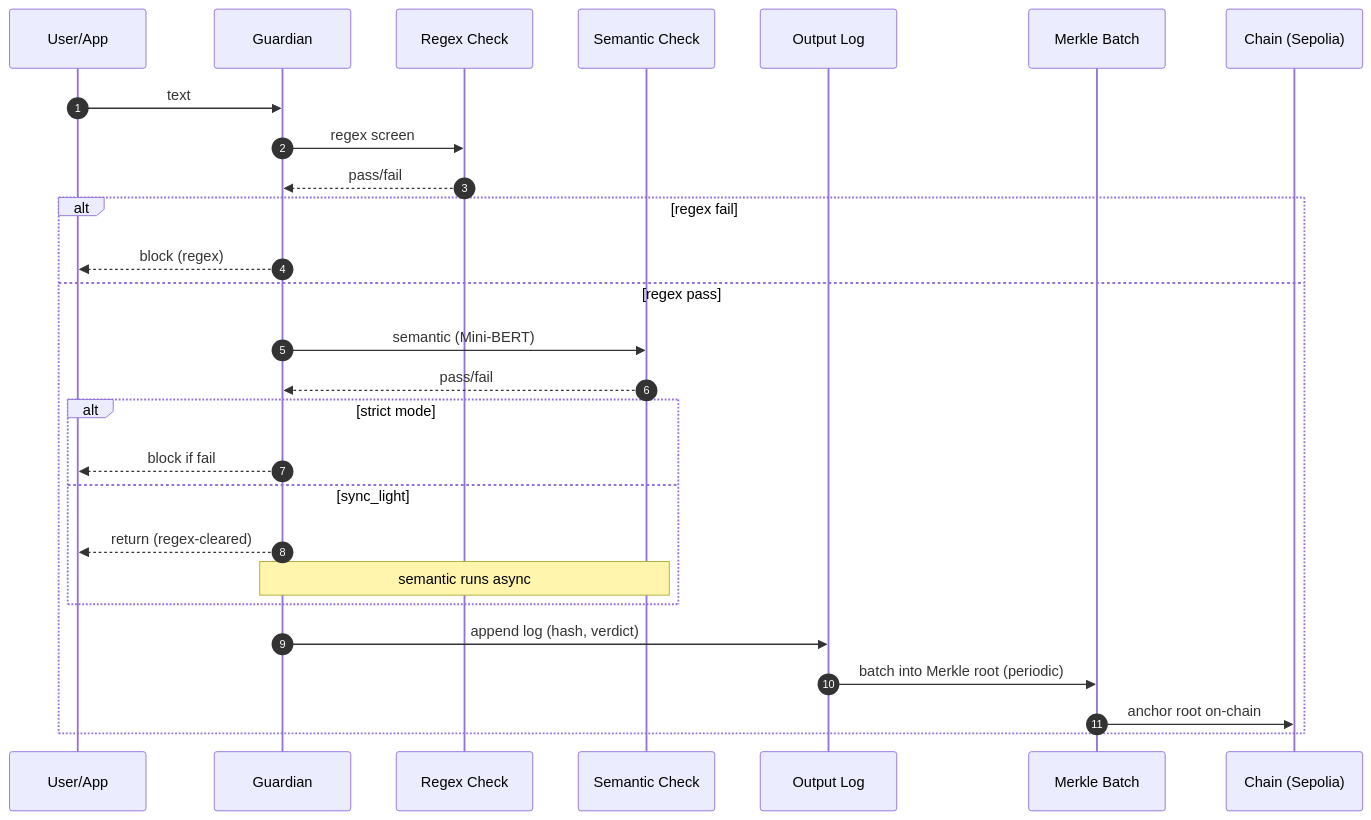
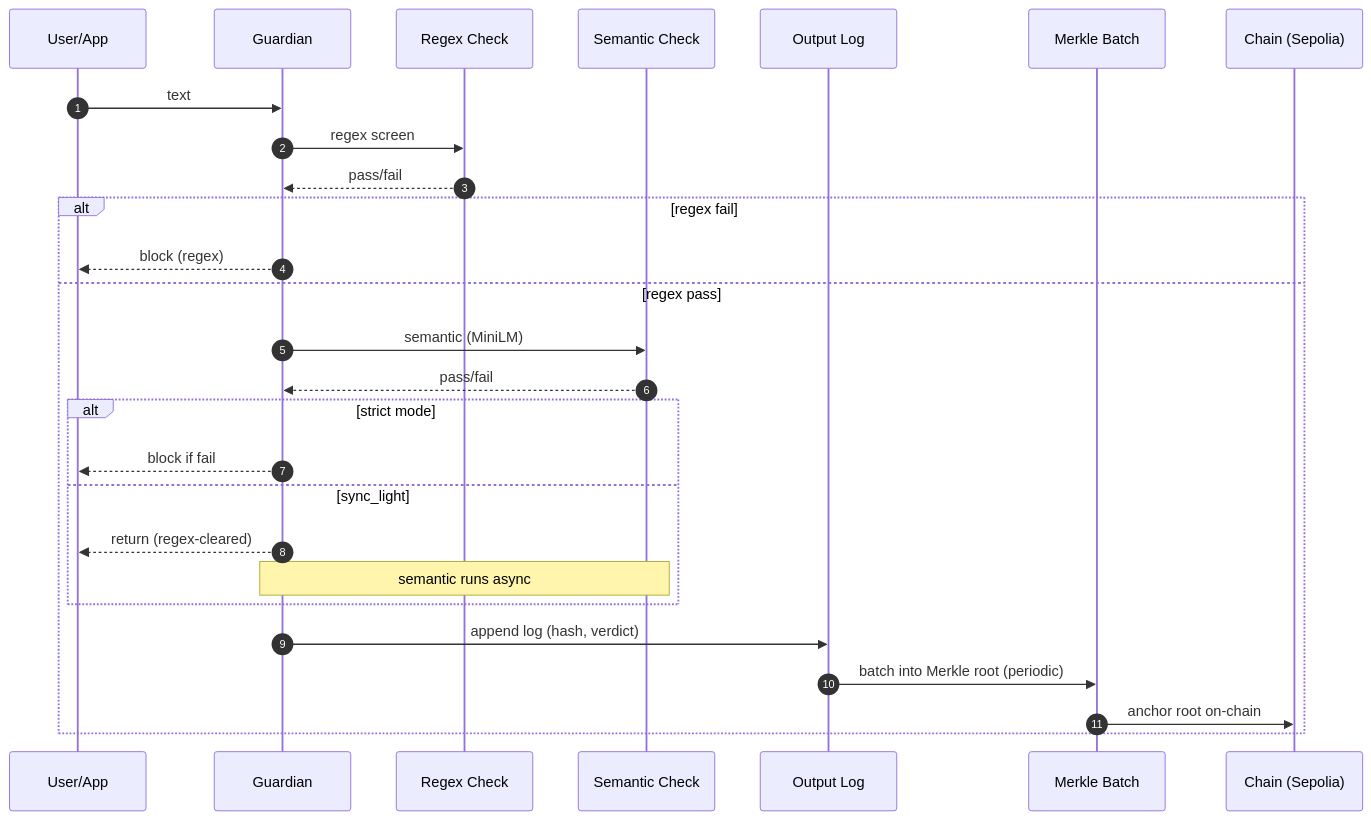
One commit to jebus197/CANDELA changed the first of 2 diagrams in docs/diagrams.md. Above: the diagram before and after it, drawn with Mermaid. The commit also changed 13 other files, not shown here.

````diff
--- a/docs/diagrams.md
+++ b/docs/diagrams.md
@@ -9,30 +9,30 @@
 ```mermaid
 sequenceDiagram
     autonumber
     participant U as User/App
     participant G as Guardian
     participant R as Regex Check
     participant S as Semantic Check
     participant L as Output Log
     participant M as Merkle Batch
     participant C as Chain (Sepolia)
 
     U->>G: text
     G->>R: regex screen
     R-->>G: pass/fail
     alt regex fail
         G-->>U: block (regex)
     else regex pass
-        G->>S: semantic (Mini-BERT)
+        G->>S: semantic (MiniLM)
         S-->>G: pass/fail
         alt strict mode
             G-->>U: block if fail
         else sync_light
             G-->>U: return (regex-cleared)
             Note over G,S: semantic runs async
         end
         G->>L: append log (hash, verdict)
         L->>M: batch into Merkle root (periodic)
         M->>C: anchor root on-chain
     end
 ```
````
